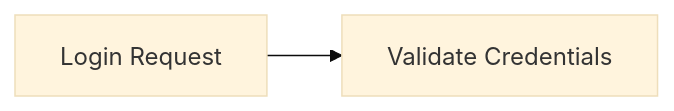
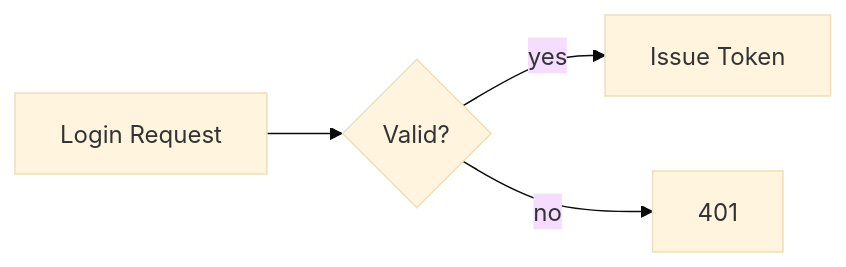
Before and after one commit to delian/codeguide-mcp: the diagram in guides/markdown.md, drawn with Mermaid (base theme). The commit also changed other lines of this file and 130 other files, not shown here.

````diff
--- a/guides/markdown.md
+++ b/guides/markdown.md
@@ -1180,4 +156,6 @@
 ```mermaid
 flowchart LR
-    request[Login Request] --> validate[Validate Credentials]
+    request[Login Request] --> validate{Valid?}
+    validate -->|yes| ok[Issue Token]
+    validate -->|no| reject[401]
 ```
````
